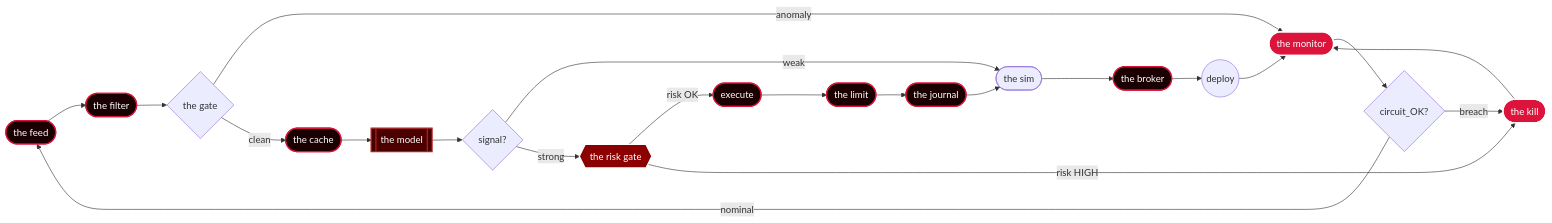
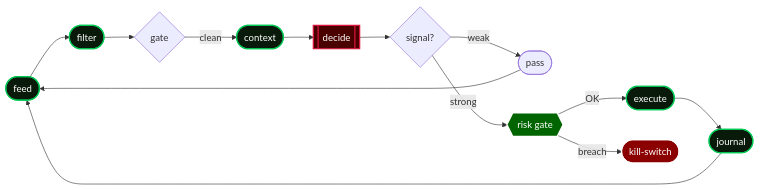
Before and after one commit to PradyXiii/PradyXiii: the diagram in README.md, drawn with Mermaid. The commit also changed other lines of this file, not shown here.

Commit message:
docs: clean, honest profile — two live desks, no fabricated numbers

````diff
--- a/README.md
+++ b/README.md
@@ -44,33 +23,25 @@
 ```mermaid
 graph LR
-    A(["the feed"]) --> B(["the filter"])
-    B --> C{"the gate"}
-    C -->|anomaly| D(["the monitor"])
-    C -->|clean| E(["the cache"])
-    E --> F[[the model]]
+    A(["feed"]) --> B(["filter"])
+    B --> C{"gate"}
+    C -->|clean| E(["context"])
+    E --> F[["decide"]]
     F --> G{signal?}
-    G -->|weak| H(["the sim"])
-    G -->|strong| I{{the risk gate}}
-    I -->|risk OK| J(["execute"])
-    I -->|risk HIGH| K(["the kill"])
-    K --> D
-    J --> L(["the limit"])
-    L --> M(["the journal"])
-    M --> H
-    H --> N(["the broker"])
-    N --> O((deploy))
-    O --> D
-    D --> P{circuit_OK?}
-    P -->|breach| K
-    P -->|nominal| A
+    G -->|weak| H(["pass"])
+    G -->|strong| I{{"risk gate"}}
+    I -->|OK| J(["execute"])
+    I -->|breach| K(["kill-switch"])
+    J --> M(["journal"])
+    M --> A
+    H --> A
 
-    classDef base fill:#1a0000,stroke:#DC143C,stroke-width:2px,color:#fff
-    classDef brain fill:#4b0000,stroke:#B22222,stroke-width:2px,color:#fff
-    classDef gate fill:#8B0000,stroke:#FFFFFF,stroke-width:2px,color:#fff
-    classDef alert fill:#DC143C,stroke:#FFFFFF,stroke-width:2px,color:#fff
+    classDef base fill:#0a1a0a,stroke:#00C853,stroke-width:2px,color:#fff
+    classDef brain fill:#4b0000,stroke:#DC143C,stroke-width:2px,color:#fff
+    classDef gate fill:#006400,stroke:#fff,stroke-width:2px,color:#fff
+    classDef alert fill:#8B0000,stroke:#fff,stroke-width:2px,color:#fff
 
-    class A,B,E,J,L,M,N base
+    class A,B,E,J,M base
     class F brain
     class I gate
-    class K,D alert
+    class K alert
 ```
````
